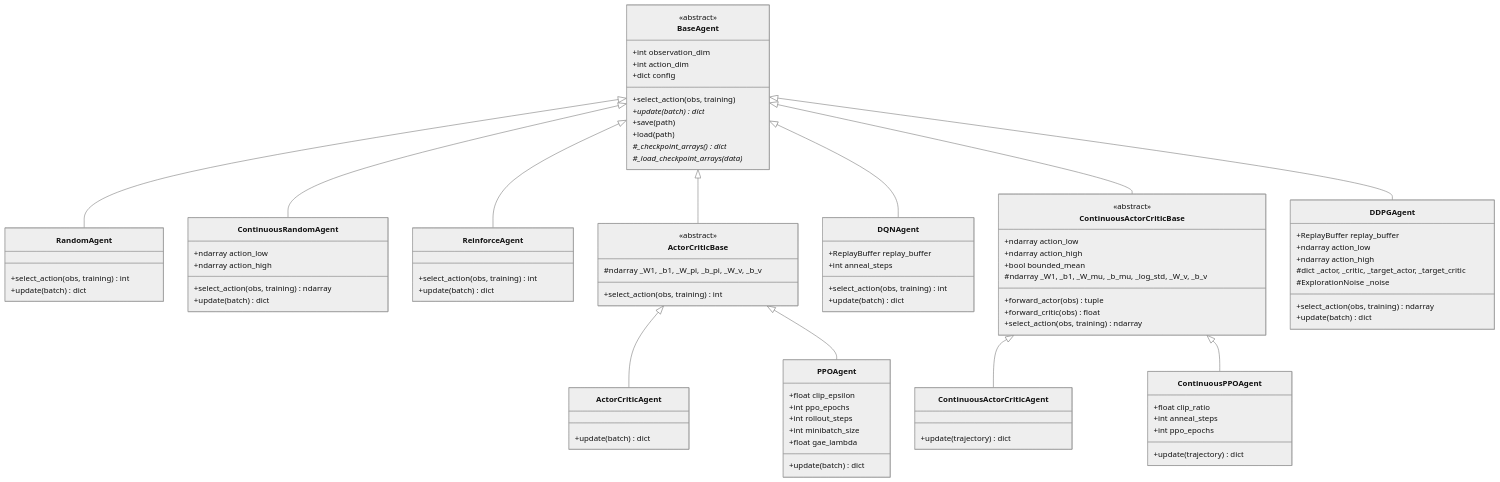
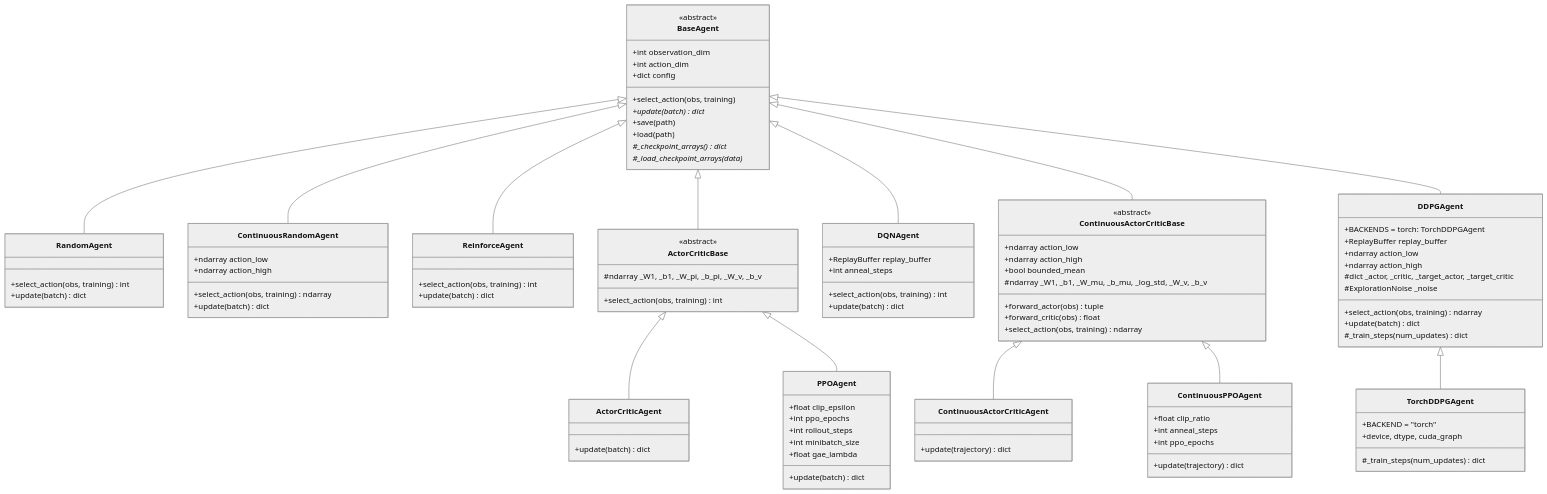
Before and after one commit to andreijw/AI: the second of 3 diagrams in ARCHITECTURE.md, drawn with Mermaid (neutral theme). The commit also changed other lines of this file and 29 other files, not shown here.

Commit message:
feat(agents): optional PyTorch backend for DDPG (backend: torch); setup.sh cpu/gpu profiles

````diff
--- a/ARCHITECTURE.md
+++ b/ARCHITECTURE.md
@@ -223,7 +223,14 @@
         +update(trajectory) dict
     }
 
+    class TorchDDPGAgent {
+        +BACKEND = "torch"
+        +device, dtype, cuda_graph
+        #_train_steps(num_updates) dict
+    }
+
     class DDPGAgent {
+        +BACKENDS = torch: TorchDDPGAgent
         +ReplayBuffer replay_buffer
         +ndarray action_low
         +ndarray action_high
@@ -231,6 +238,7 @@
         #ExplorationNoise _noise
         +select_action(obs, training) ndarray
         +update(batch) dict
+        #_train_steps(num_updates) dict
     }
 
     BaseAgent <|-- RandomAgent
@@ -244,4 +252,5 @@
     ContinuousActorCriticBase <|-- ContinuousActorCriticAgent
     ContinuousActorCriticBase <|-- ContinuousPPOAgent
     BaseAgent <|-- DDPGAgent
+    DDPGAgent <|-- TorchDDPGAgent
 ```
````
